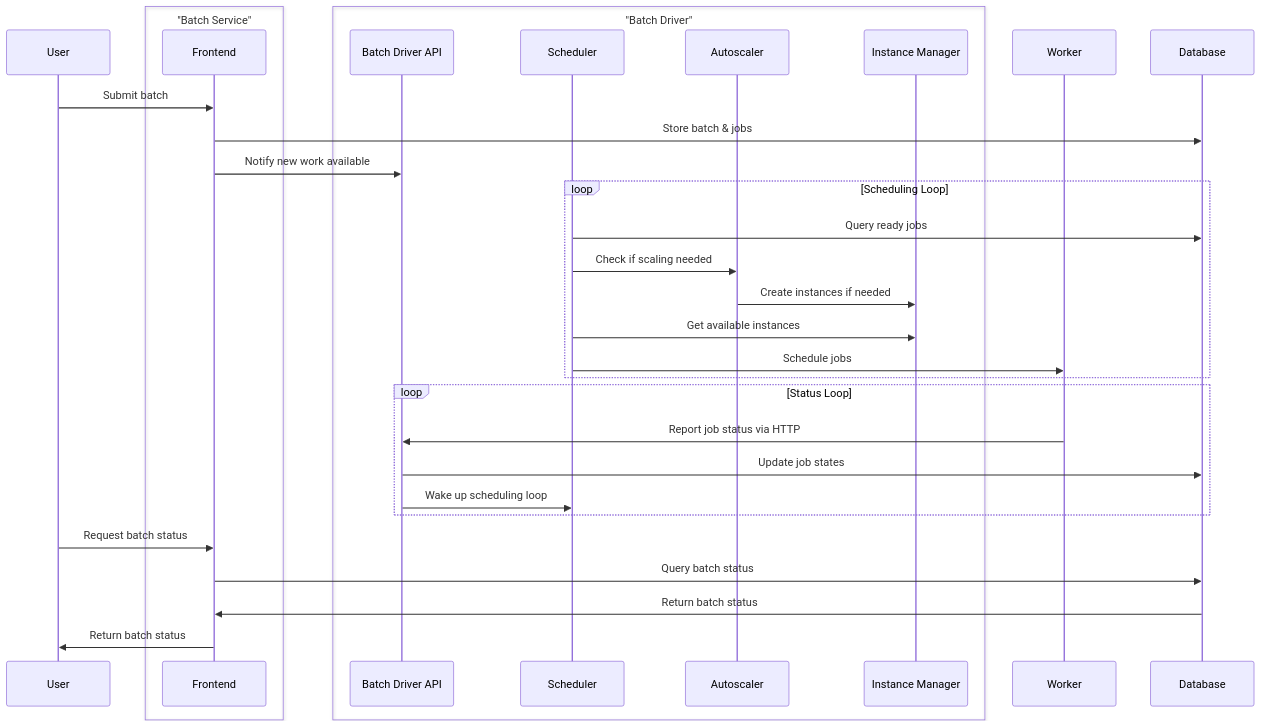
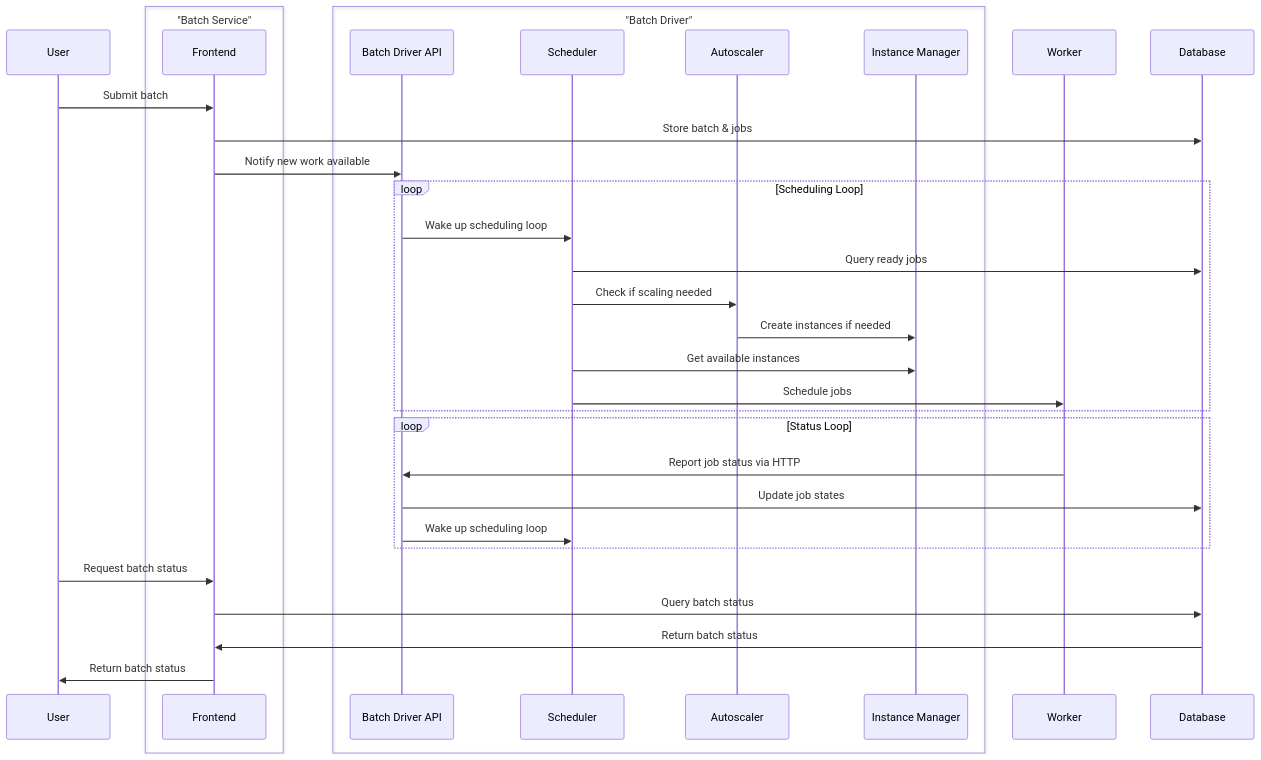
Before and after one commit to cjllanwarne/hail: the ninth of 9 diagrams in dev-docs/services/batch/code-structure.md, drawn with Mermaid.

````diff
--- a/dev-docs/services/batch/code-structure.md
+++ b/dev-docs/services/batch/code-structure.md
@@ -388,41 +388,42 @@
 ```mermaid
 sequenceDiagram
     participant U as User
 
     box "Batch Service"
         participant FE as Frontend
     end
 
     box "Batch Driver"
         participant BDAPI as Batch Driver API
         participant SC as Scheduler
         participant AS as Autoscaler
         participant ICM as Instance Manager    
     end
 
     participant W as Worker
     participant DB as Database
 
     U->>FE: Submit batch
     FE->>DB: Store batch & jobs
     FE->>BDAPI: Notify new work available
     
     loop Scheduling Loop
+        BDAPI->>SC: Wake up scheduling loop
         SC->>DB: Query ready jobs
         SC->>AS: Check if scaling needed
         AS->>ICM: Create instances if needed
         SC->>ICM: Get available instances
         SC->>W: Schedule jobs
     end
 
     loop Status Loop
         W->>BDAPI: Report job status via HTTP
         BDAPI->>DB: Update job states
         BDAPI->>SC: Wake up scheduling loop
     end
     
     U->>FE: Request batch status
     FE->>DB: Query batch status
     DB->>FE: Return batch status
     FE->>U: Return batch status
 ```
````
